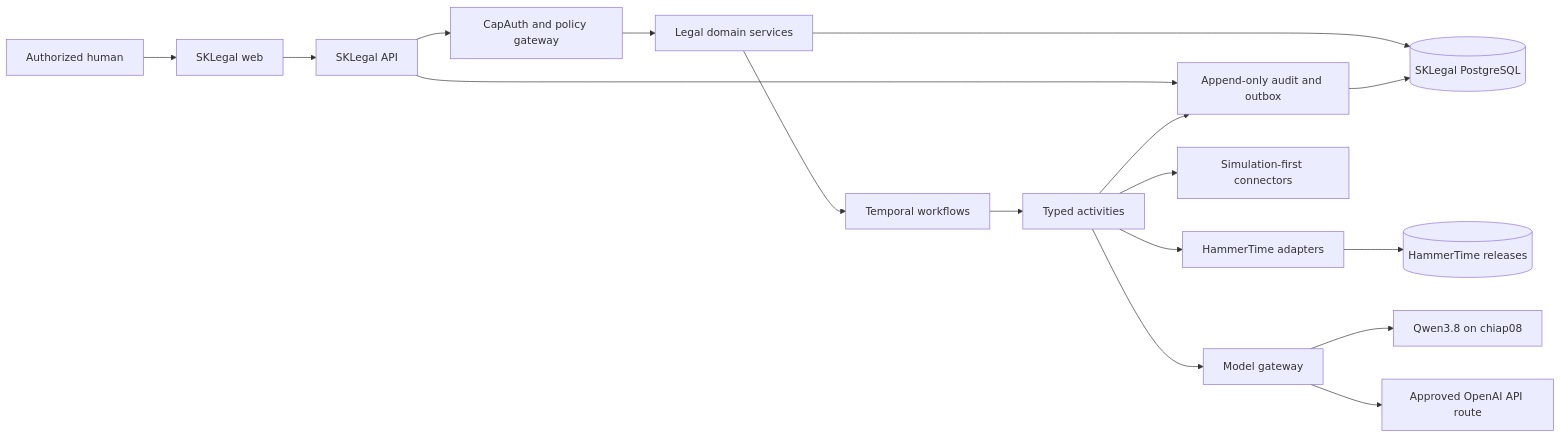
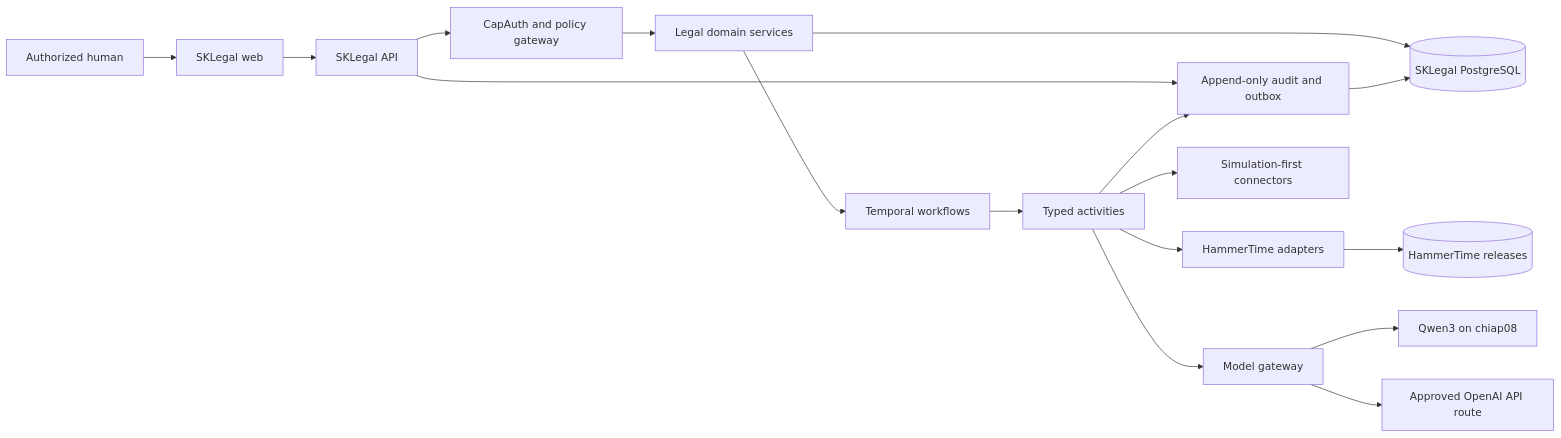
The first of 4 diagrams in SOP.md (jarvis1openclaw/skcapstone), drawn with Mermaid before and after one commit. The commit also changed other lines of this file and 21 other files, not shown here.

````diff
--- a/SOP.md
+++ b/SOP.md
@@ -67,19 +67,19 @@
 ```mermaid
 flowchart LR
     Human[Authorized human] --> Web[SKLegal web]
     Web --> API[SKLegal API]
     API --> Gate[CapAuth and policy gateway]
     Gate --> Domain[Legal domain services]
     Domain --> PG[(SKLegal PostgreSQL)]
     Domain --> Temporal[Temporal workflows]
     Temporal --> Worker[Typed activities]
     Worker --> HammerTime[HammerTime adapters]
     Worker --> Model[Model gateway]
     Worker --> Connectors[Simulation-first connectors]
     HammerTime --> Sources[(HammerTime releases)]
-    Model --> Qwen[Qwen3.8 on chiap08]
+    Model --> Qwen[Qwen3 on chiap08]
     Model --> OpenAI[Approved OpenAI API route]
     API --> Audit[Append-only audit and outbox]
     Worker --> Audit
     Audit --> PG
 ```
````
